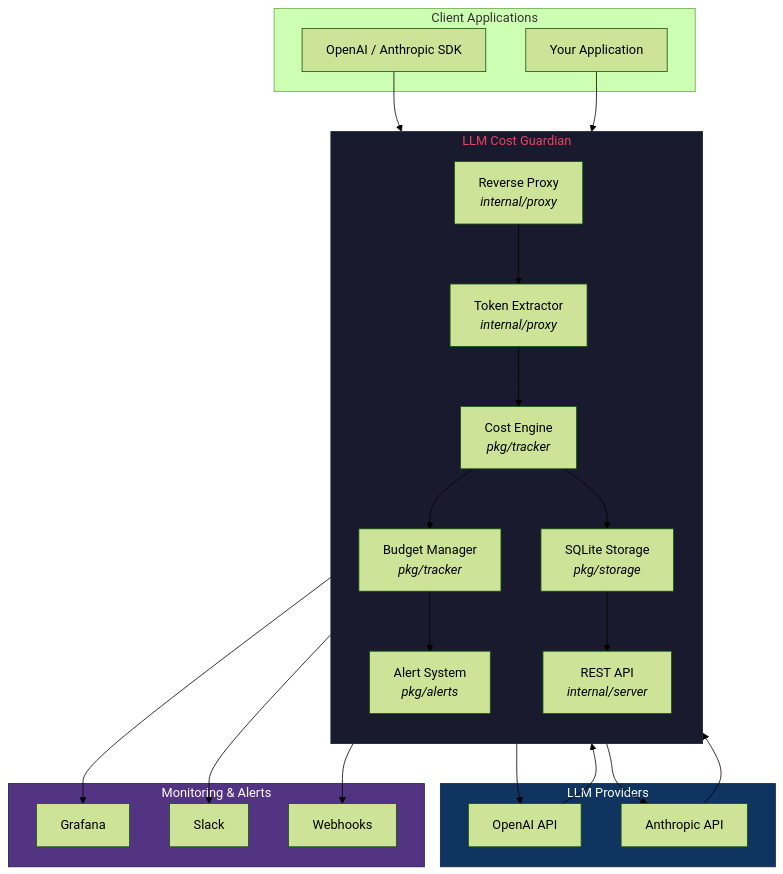
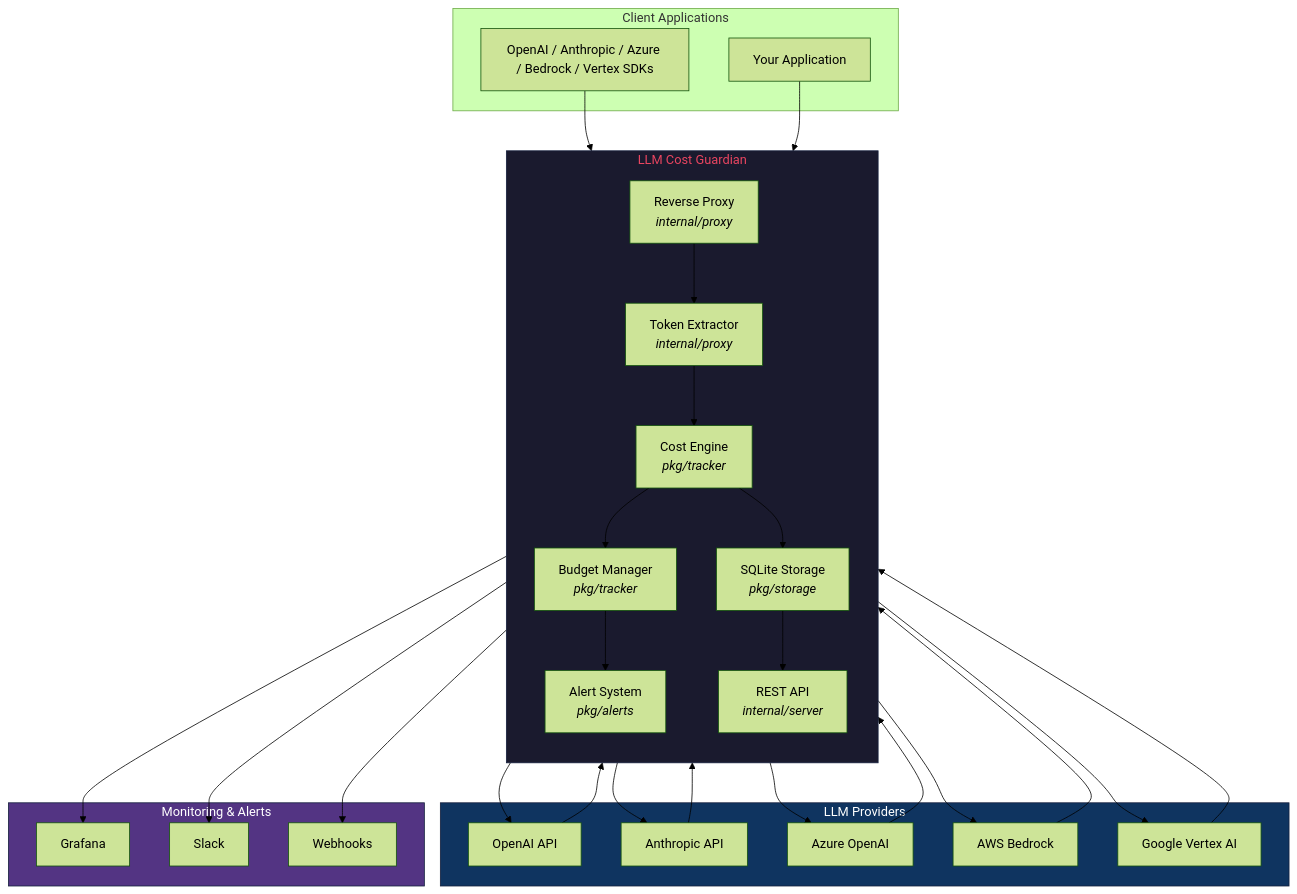
One commit to ogulcanaydogan/LLM-Cost-Guardian changed the first of 3 diagrams in README.md. Above: the diagram before and after it, drawn with Mermaid (forest theme). The commit also changed other lines of this file and 66 other files, not shown here.

````diff
--- a/README.md
+++ b/README.md
@@ -106,51 +108,60 @@
 ```mermaid
 flowchart TB
     subgraph Clients["Client Applications"]
-        SDK["OpenAI / Anthropic SDK"]
+        SDK["OpenAI / Anthropic / Azure / Bedrock / Vertex SDKs"]
         App["Your Application"]
     end
 
     subgraph LCG["LLM Cost Guardian"]
         direction TB
         Proxy["Reverse Proxy<br/><i>internal/proxy</i>"]
         Extract["Token Extractor<br/><i>internal/proxy</i>"]
         Cost["Cost Engine<br/><i>pkg/tracker</i>"]
         Budget["Budget Manager<br/><i>pkg/tracker</i>"]
         Store["SQLite Storage<br/><i>pkg/storage</i>"]
         Alert["Alert System<br/><i>pkg/alerts</i>"]
         API["REST API<br/><i>internal/server</i>"]
 
         Proxy --> Extract
         Extract --> Cost
         Cost --> Store
         Cost --> Budget
         Budget --> Alert
         Store --> API
     end
 
     subgraph Providers["LLM Providers"]
         OpenAI["OpenAI API"]
         Anthropic["Anthropic API"]
+        Azure["Azure OpenAI"]
+        Bedrock["AWS Bedrock"]
+        Vertex["Google Vertex AI"]
     end
 
     subgraph Monitoring["Monitoring & Alerts"]
         Grafana["Grafana"]
         Slack["Slack"]
         Webhook["Webhooks"]
     end
 
     SDK --> Proxy
     App --> Proxy
     Proxy --> OpenAI
     Proxy --> Anthropic
+    Proxy --> Azure
+    Proxy --> Bedrock
+    Proxy --> Vertex
     OpenAI --> Proxy
     Anthropic --> Proxy
+    Azure --> Proxy
+    Bedrock --> Proxy
+    Vertex --> Proxy
 
     API --> Grafana
     Alert --> Slack
     Alert --> Webhook
 
     style LCG fill:#1a1a2e,stroke:#16213e,color:#e94560
     style Providers fill:#0f3460,stroke:#16213e,color:#fff
     style Monitoring fill:#533483,stroke:#16213e,color:#fff
 ```
````
